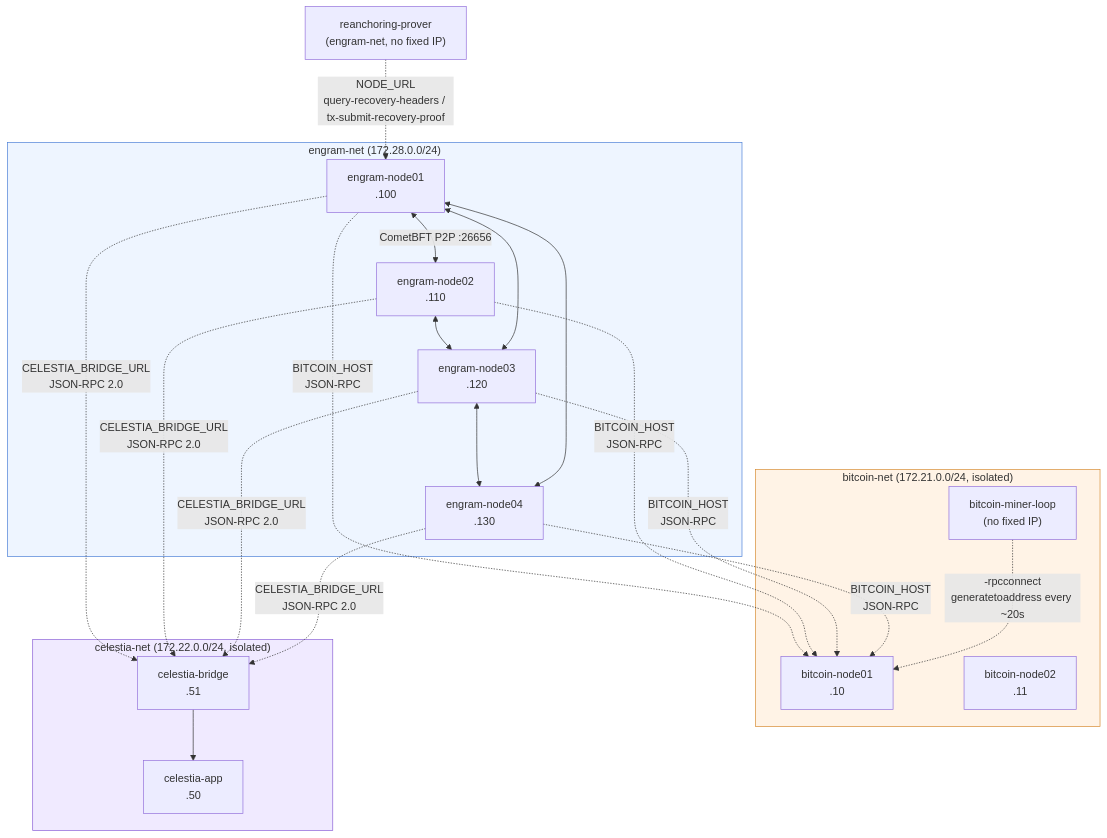
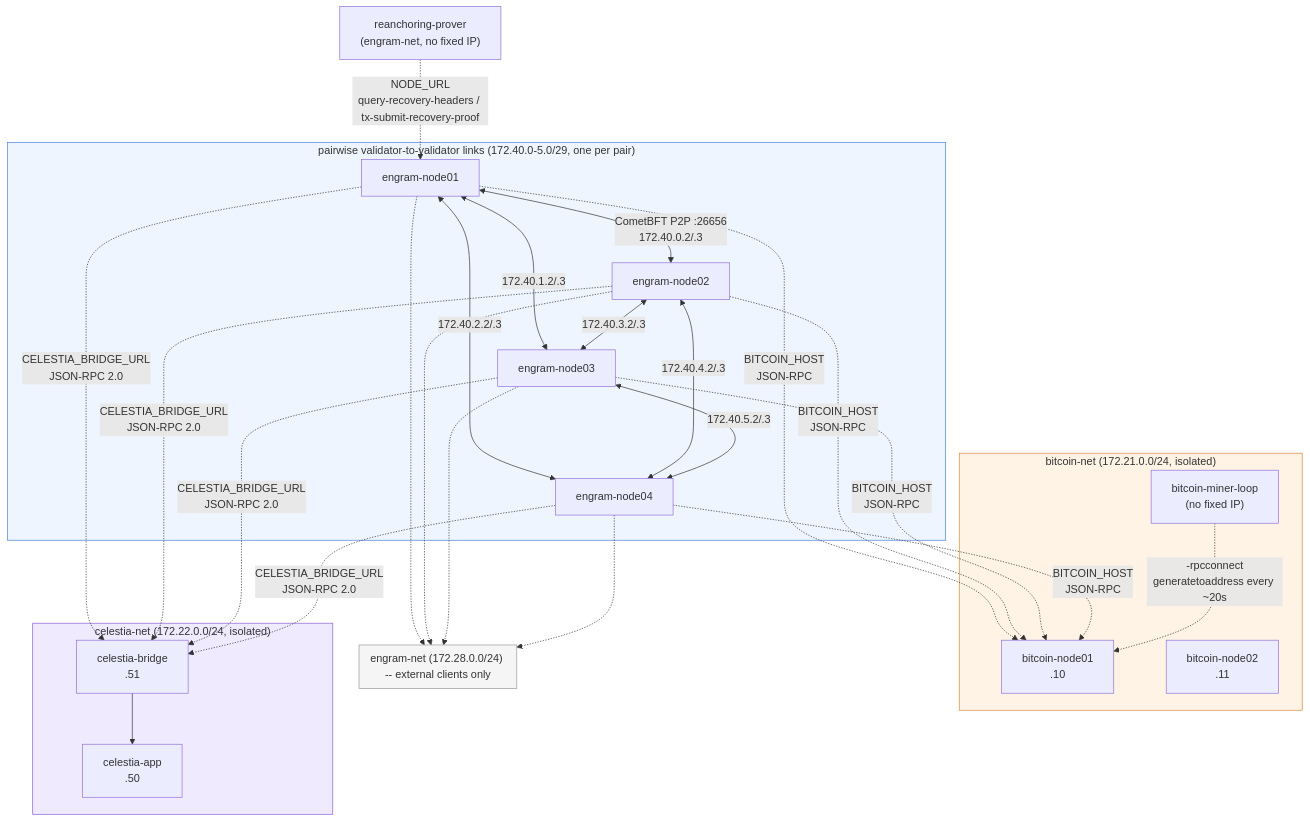
The first of 3 diagrams in docs/ARCHITECTURE.md (cuongct924/engram-sovereign-fsm), drawn with Mermaid before and after one commit. The commit also changed other lines of this file and 5 other files, not shown here.

````diff
--- a/docs/ARCHITECTURE.md
+++ b/docs/ARCHITECTURE.md
@@ -10,33 +10,38 @@
 ```mermaid
 flowchart TB
-    subgraph engramnet["engram-net (172.28.0.0/24)"]
-        N1["engram-node01<br/>.100"]
-        N2["engram-node02<br/>.110"]
-        N3["engram-node03<br/>.120"]
-        N4["engram-node04<br/>.130"]
-        N1 <-->|CometBFT P2P :26656| N2
-        N2 <--> N3
-        N3 <--> N4
-        N4 <--> N1
-        N1 <--> N3
+    subgraph plinks["pairwise validator-to-validator links (172.40.0-5.0/29, one per pair)"]
+        N1["engram-node01"]
+        N2["engram-node02"]
+        N3["engram-node03"]
+        N4["engram-node04"]
+        N1 <-->|"CometBFT P2P :26656<br/>172.40.0.2/.3"| N2
+        N1 <-->|172.40.1.2/.3| N3
+        N1 <-->|172.40.2.2/.3| N4
+        N2 <-->|172.40.3.2/.3| N3
+        N2 <-->|172.40.4.2/.3| N4
+        N3 <-->|172.40.5.2/.3| N4
+    end
+    subgraph engramnet["engram-net (172.28.0.0/24) -- external clients only"]
     end
     subgraph bitcoinnet["bitcoin-net (172.21.0.0/24, isolated)"]
         BTC1["bitcoin-node01<br/>.10"]
         BTC2["bitcoin-node02<br/>.11"]
         Miner["bitcoin-miner-loop<br/>(no fixed IP)"]
     end
     subgraph celestianet["celestia-net (172.22.0.0/24, isolated)"]
         CApp["celestia-app<br/>.50"]
         CBridge["celestia-bridge<br/>.51"]
     end
     Prover["reanchoring-prover<br/>(engram-net, no fixed IP)"]
     N1 & N2 & N3 & N4 -.->|BITCOIN_HOST<br/>JSON-RPC| BTC1
     N1 & N2 & N3 & N4 -.->|CELESTIA_BRIDGE_URL<br/>JSON-RPC 2.0| CBridge
+    N1 & N2 & N3 & N4 -.-> engramnet
     CBridge --> CApp
     Miner -.->|"-rpcconnect<br/>generatetoaddress every ~20s"| BTC1
     Prover -.->|"NODE_URL<br/>query-recovery-headers / tx-submit-recovery-proof"| N1
 
-    style engramnet fill:#eef5ff,stroke:#4a7fd6
+    style plinks fill:#eef5ff,stroke:#4a7fd6
+    style engramnet fill:#f5f5f5,stroke:#999
     style bitcoinnet fill:#fff3e6,stroke:#d68a30
     style celestianet fill:#f0eaff,stroke:#8a5fd6
 ```
````
